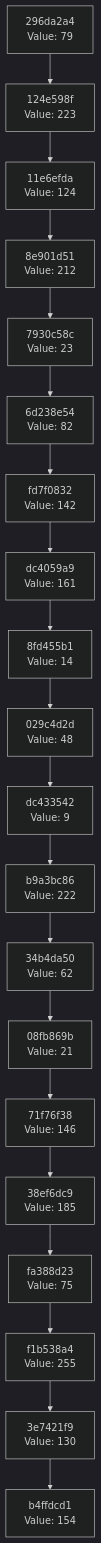
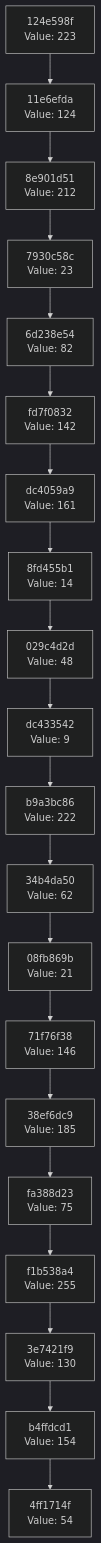
The diagram in docs/CHAIN_VISUALIZATION.md (Abhisheksinha1506/hash-chain-evolver), drawn with Mermaid (dark theme) before and after one commit. The commit also changed 3 other files, not shown here.

````diff
--- a/docs/CHAIN_VISUALIZATION.md
+++ b/docs/CHAIN_VISUALIZATION.md
@@ -3,42 +3,42 @@
 ```mermaid
 graph TD
-    C0["b4ffdcd1<br/>Value: 154"]
-    C1["3e7421f9<br/>Value: 130"]
+    C0["4ff1714f<br/>Value: 54"]
+    C1["b4ffdcd1<br/>Value: 154"]
     C1 --> C0
-    C2["f1b538a4<br/>Value: 255"]
+    C2["3e7421f9<br/>Value: 130"]
     C2 --> C1
-    C3["fa388d23<br/>Value: 75"]
+    C3["f1b538a4<br/>Value: 255"]
     C3 --> C2
-    C4["38ef6dc9<br/>Value: 185"]
+    C4["fa388d23<br/>Value: 75"]
     C4 --> C3
-    C5["71f76f38<br/>Value: 146"]
+    C5["38ef6dc9<br/>Value: 185"]
     C5 --> C4
-    C6["08fb869b<br/>Value: 21"]
+    C6["71f76f38<br/>Value: 146"]
     C6 --> C5
-    C7["34b4da50<br/>Value: 62"]
+    C7["08fb869b<br/>Value: 21"]
     C7 --> C6
-    C8["b9a3bc86<br/>Value: 222"]
+    C8["34b4da50<br/>Value: 62"]
     C8 --> C7
-    C9["dc433542<br/>Value: 9"]
+    C9["b9a3bc86<br/>Value: 222"]
     C9 --> C8
-    C10["029c4d2d<br/>Value: 48"]
+    C10["dc433542<br/>Value: 9"]
     C10 --> C9
-    C11["8fd455b1<br/>Value: 14"]
+    C11["029c4d2d<br/>Value: 48"]
     C11 --> C10
-    C12["dc4059a9<br/>Value: 161"]
+    C12["8fd455b1<br/>Value: 14"]
     C12 --> C11
-    C13["fd7f0832<br/>Value: 142"]
+    C13["dc4059a9<br/>Value: 161"]
     C13 --> C12
-    C14["6d238e54<br/>Value: 82"]
+    C14["fd7f0832<br/>Value: 142"]
     C14 --> C13
-    C15["7930c58c<br/>Value: 23"]
+    C15["6d238e54<br/>Value: 82"]
     C15 --> C14
-    C16["8e901d51<br/>Value: 212"]
+    C16["7930c58c<br/>Value: 23"]
     C16 --> C15
-    C17["11e6efda<br/>Value: 124"]
+    C17["8e901d51<br/>Value: 212"]
     C17 --> C16
-    C18["124e598f<br/>Value: 223"]
+    C18["11e6efda<br/>Value: 124"]
     C18 --> C17
-    C19["296da2a4<br/>Value: 79"]
+    C19["124e598f<br/>Value: 223"]
     C19 --> C18
 ```
````
